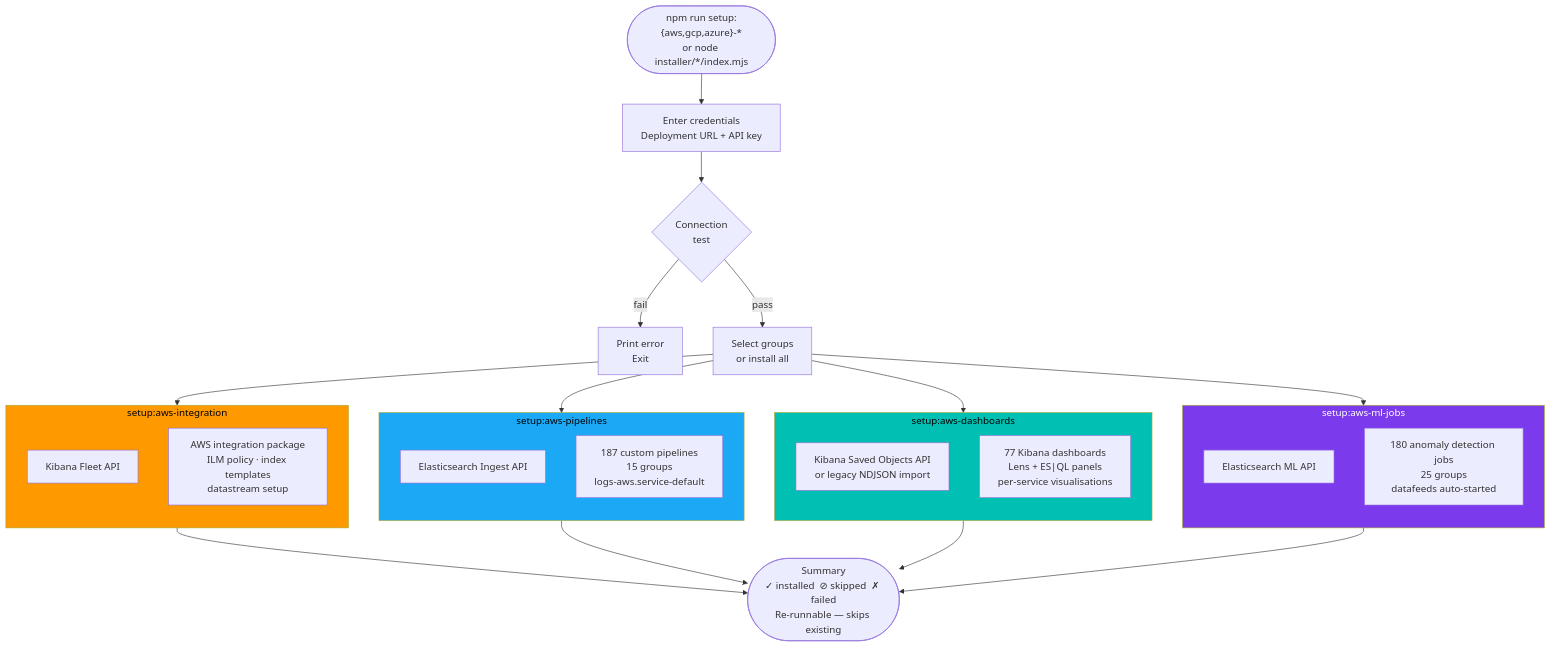
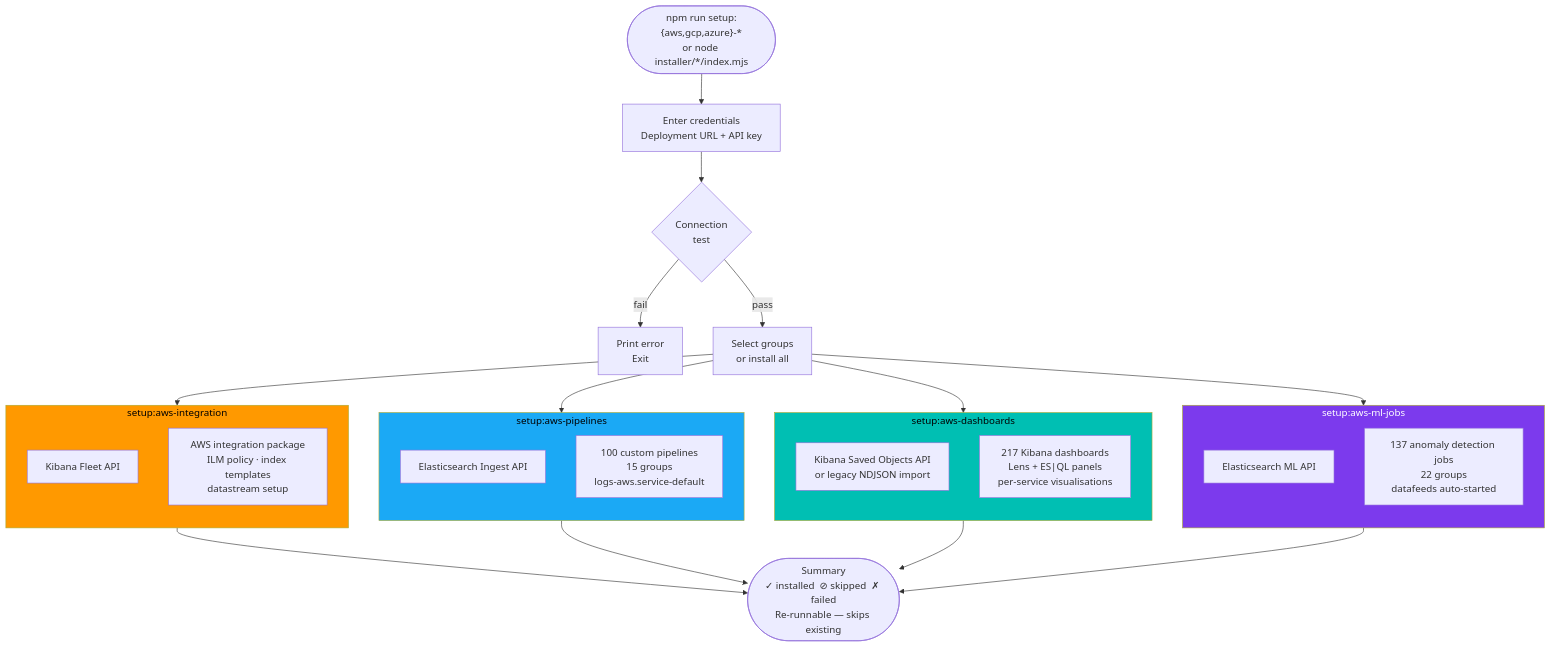
Before and after one commit to rkernutt/cloud-to-elastic-load-generator: the fourth of 14 diagrams in docs/diagrams.md, drawn with Mermaid. The commit also changed other lines of this file and 13 other files, not shown here.

````diff
--- a/docs/diagrams.md
+++ b/docs/diagrams.md
@@ -301,47 +303,47 @@
 ```mermaid
 flowchart TD
     START(["npm run setup:{aws,gcp,azure}-*\nor node installer/*/index.mjs"]) --> AUTH
 
     AUTH["Enter credentials\nDeployment URL + API key"]
     AUTH --> TEST{"Connection\ntest"}
     TEST -->|"fail"| ERR1["Print error\nExit"]
     TEST -->|"pass"| MENU["Select groups\nor install all"]
 
     MENU --> I1 & I2 & I3 & I4
 
     subgraph I1["setup:aws-integration"]
         direction TB
         A1["Kibana Fleet API"]
         A2["AWS integration package\nILM policy · index templates\ndatastream setup"]
     end
 
     subgraph I2["setup:aws-pipelines"]
         direction TB
         B1["Elasticsearch Ingest API"]
-        B2["187 custom pipelines\n15 groups\nlogs-aws.service-default"]
+        B2["100 custom pipelines\n15 groups\nlogs-aws.service-default"]
     end
 
     subgraph I3["setup:aws-dashboards"]
         direction TB
         C1["Kibana Saved Objects API\nor legacy NDJSON import"]
-        C2["77 Kibana dashboards\nLens + ES|QL panels\nper-service visualisations"]
+        C2["217 Kibana dashboards\nLens + ES|QL panels\nper-service visualisations"]
     end
 
     subgraph I4["setup:aws-ml-jobs"]
         direction TB
         D1["Elasticsearch ML API"]
-        D2["180 anomaly detection jobs\n25 groups\ndatafeeds auto-started"]
+        D2["137 anomaly detection jobs\n22 groups\ndatafeeds auto-started"]
     end
 
     I1 --> DONE
     I2 --> DONE
     I3 --> DONE
     I4 --> DONE
 
     DONE(["Summary\n✓ installed  ⊘ skipped  ✗ failed\nRe-runnable — skips existing"])
 
     style I1 fill:#FF9900,color:#000
     style I2 fill:#1BA9F5,color:#000
     style I3 fill:#00BFB3,color:#000
     style I4 fill:#7C3AED,color:#fff
 ```
````
